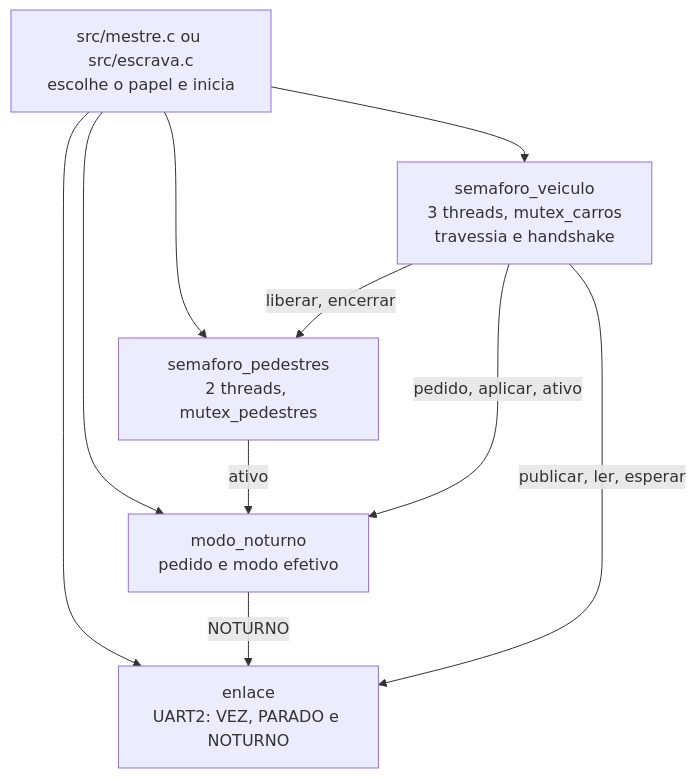
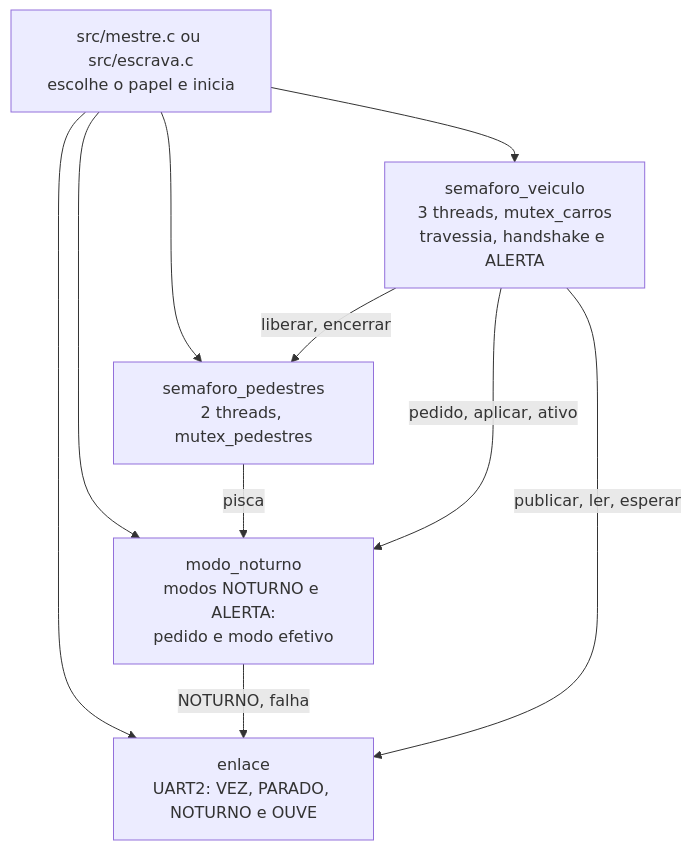
Before and after one commit to bmchad/uc-aula1-fork: the first of 5 diagrams in docs/02-arquitetura.md, drawn with Mermaid. The commit also changed other lines of this file and 27 other files, not shown here.

````diff
--- a/docs/02-arquitetura.md
+++ b/docs/02-arquitetura.md
@@ -7,18 +13,18 @@
 ```mermaid
 flowchart TB
     principal["src/mestre.c ou src/escrava.c<br/>escolhe o papel e inicia"]
-    veiculo["semaforo_veiculo<br/>3 threads, mutex_carros<br/>travessia e handshake"]
+    veiculo["semaforo_veiculo<br/>3 threads, mutex_carros<br/>travessia, handshake e ALERTA"]
     pedestres["semaforo_pedestres<br/>2 threads, mutex_pedestres"]
-    noturno["modo_noturno<br/>pedido e modo efetivo"]
-    enlace["enlace<br/>UART2: VEZ, PARADO e NOTURNO"]
+    modo["modo_noturno<br/>modos NOTURNO e ALERTA:<br/>pedido e modo efetivo"]
+    enlace["enlace<br/>UART2: VEZ, PARADO, NOTURNO e OUVE"]
 
     principal --> enlace
-    principal --> noturno
+    principal --> modo
     principal --> pedestres
     principal --> veiculo
     veiculo -->|"liberar, encerrar"| pedestres
-    veiculo -->|"pedido, aplicar, ativo"| noturno
-    pedestres -->|"ativo"| noturno
+    veiculo -->|"pedido, aplicar, ativo"| modo
+    pedestres -->|"pisca"| modo
     veiculo -->|"publicar, ler, esperar"| enlace
-    noturno -->|"NOTURNO"| enlace
+    modo -->|"NOTURNO, falha"| enlace
 ```
````
